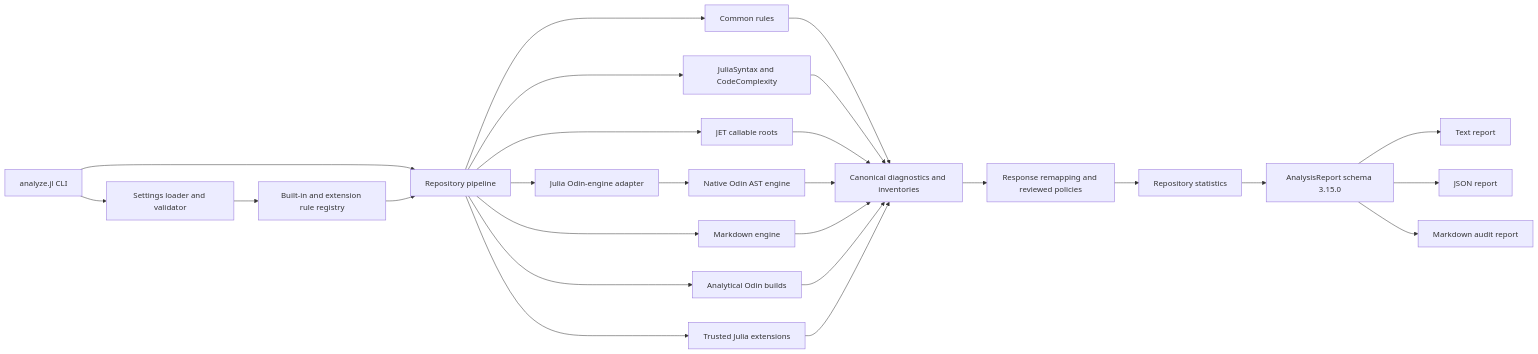
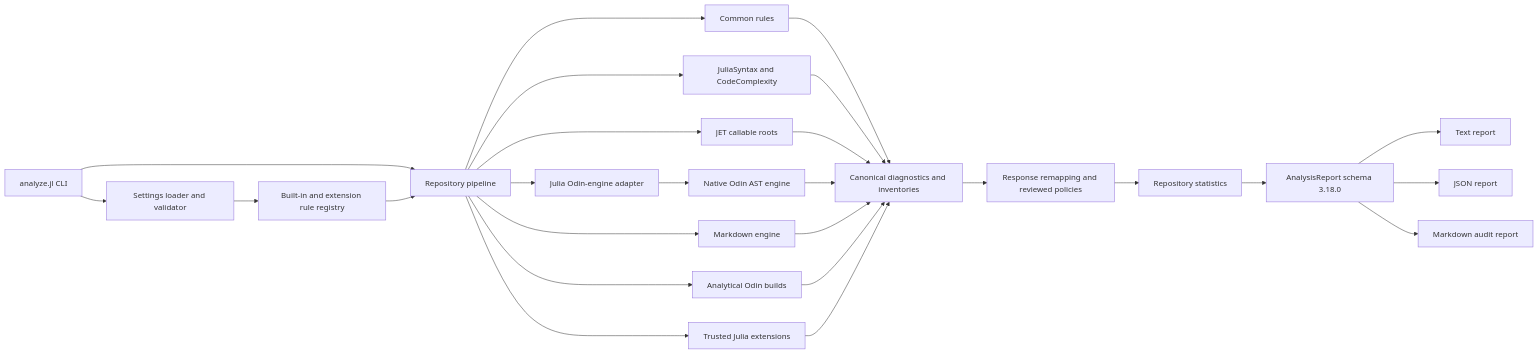
The first of 4 diagrams in README.md (derekshoneycutt/OdinJuliaAnalysis), drawn with Mermaid before and after one commit. The commit also changed other lines of this file and 18 other files, not shown here.

Commit message:
Adding data flow and maintenance analyses

````diff
--- a/README.md
+++ b/README.md
@@ -148,31 +148,31 @@
 ```mermaid
 flowchart LR
     CLI[analyze.jl CLI] --> Settings[Settings loader and validator]
     CLI --> Pipeline[Repository pipeline]
     Settings --> Registry[Built-in and extension rule registry]
     Registry --> Pipeline
 
     Pipeline --> Common[Common rules]
     Pipeline --> Julia[JuliaSyntax and CodeComplexity]
     Pipeline --> JET[JET callable roots]
     Pipeline --> OdinBridge[Julia Odin-engine adapter]
     OdinBridge --> OdinNative[Native Odin AST engine]
     Pipeline --> Markdown[Markdown engine]
     Pipeline --> Builds[Analytical Odin builds]
     Pipeline --> Extensions[Trusted Julia extensions]
 
     Common --> Model[Canonical diagnostics and inventories]
     Julia --> Model
     JET --> Model
     OdinNative --> Model
     Markdown --> Model
     Builds --> Model
     Extensions --> Model
 
     Model --> Policy[Response remapping and reviewed policies]
     Policy --> Statistics[Repository statistics]
-    Statistics --> Report[AnalysisReport schema 3.15.0]
+    Statistics --> Report[AnalysisReport schema 3.18.0]
     Report --> Text[Text report]
     Report --> JSON[JSON report]
     Report --> MD[Markdown audit report]
 ```
````
